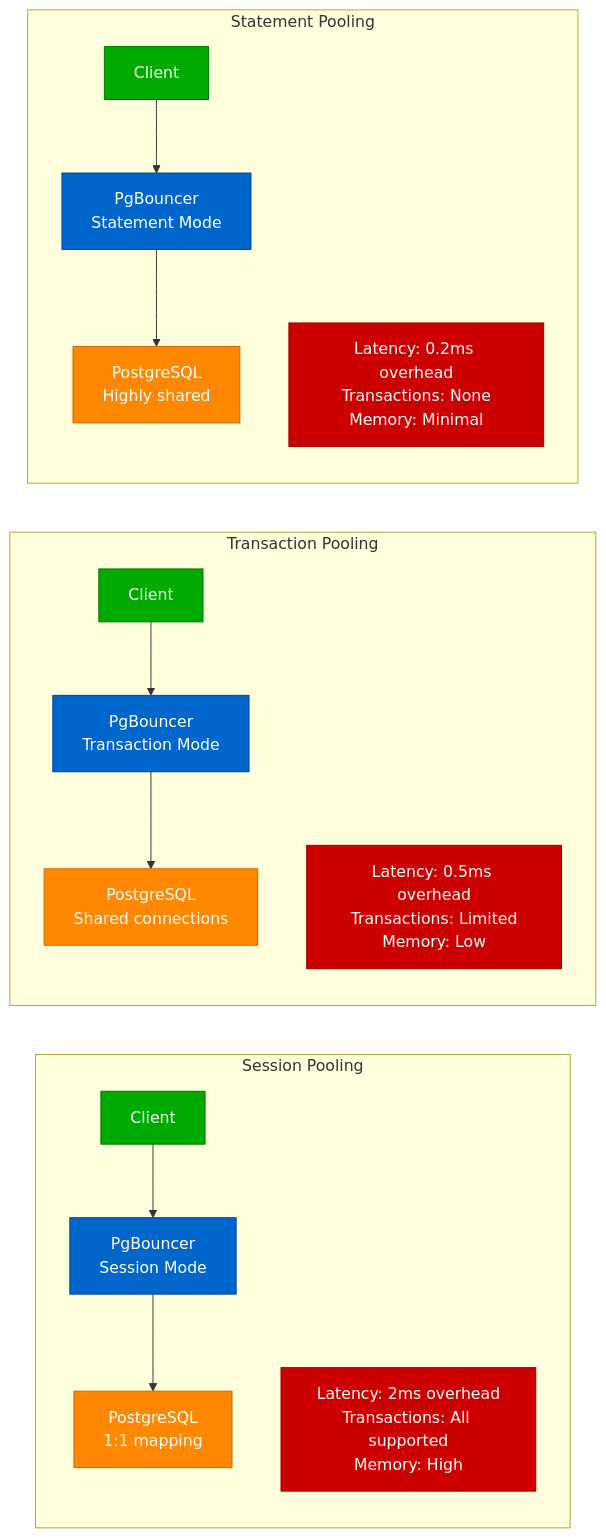
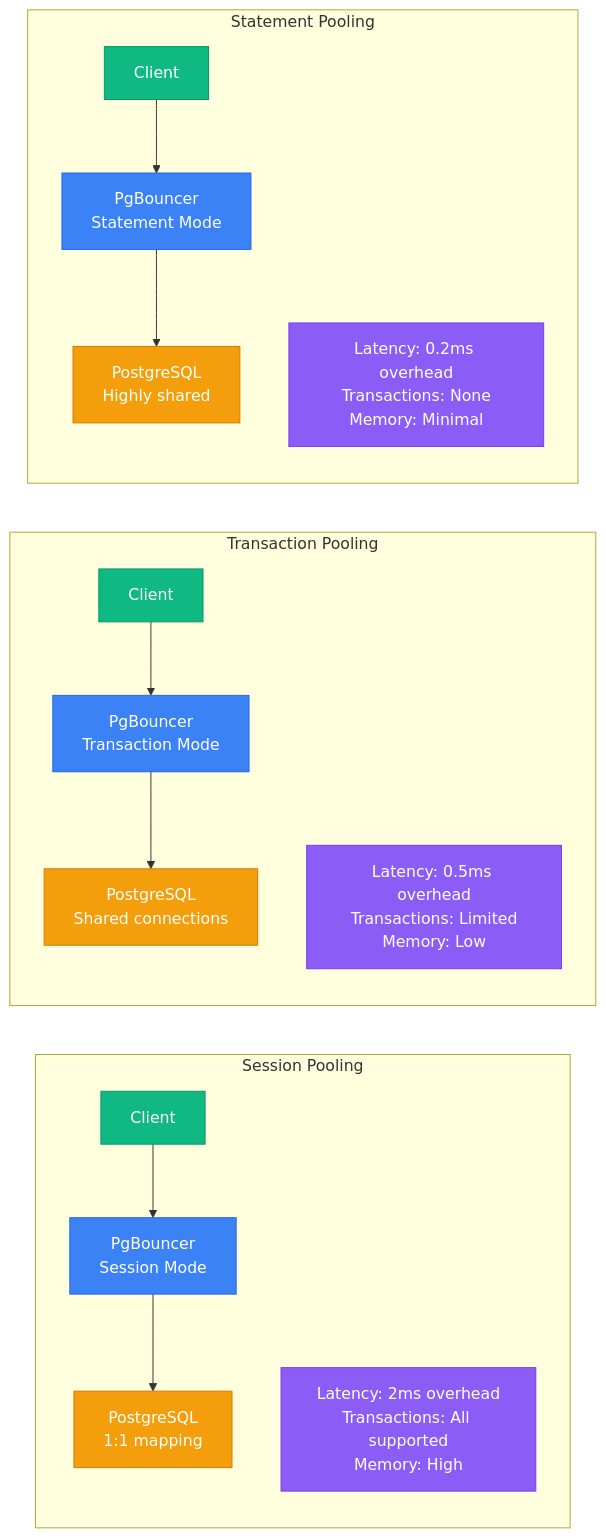
The second of 10 diagrams in site/docs/performance/postgresql-performance-profile.md (deepaucksharma/DS), drawn with Mermaid before and after one commit. The commit also changed other lines of this file and 303 other files, not shown here.

````diff
--- a/site/docs/performance/postgresql-performance-profile.md
+++ b/site/docs/performance/postgresql-performance-profile.md
@@ -57,30 +57,30 @@
 ```mermaid
 graph LR
     subgraph "Session Pooling"
         S1[Client] --> S2[PgBouncer<br/>Session Mode]
         S2 --> S3[PostgreSQL<br/>1:1 mapping]
         S4[Latency: 2ms overhead<br/>Transactions: All supported<br/>Memory: High]
     end
 
     subgraph "Transaction Pooling"
         T1[Client] --> T2[PgBouncer<br/>Transaction Mode]
         T2 --> T3[PostgreSQL<br/>Shared connections]
         T4[Latency: 0.5ms overhead<br/>Transactions: Limited<br/>Memory: Low]
     end
 
     subgraph "Statement Pooling"
         ST1[Client] --> ST2[PgBouncer<br/>Statement Mode]
         ST2 --> ST3[PostgreSQL<br/>Highly shared]
         ST4[Latency: 0.2ms overhead<br/>Transactions: None<br/>Memory: Minimal]
     end
 
-    classDef clientStyle fill:#00AA00,stroke:#007700,color:#fff
-    classDef poolStyle fill:#0066CC,stroke:#004499,color:#fff
-    classDef dbStyle fill:#FF8800,stroke:#CC6600,color:#fff
-    classDef metricStyle fill:#CC0000,stroke:#990000,color:#fff
+    classDef clientStyle fill:#10B981,stroke:#059669,color:#fff
+    classDef poolStyle fill:#3B82F6,stroke:#2563EB,color:#fff
+    classDef dbStyle fill:#F59E0B,stroke:#D97706,color:#fff
+    classDef metricStyle fill:#8B5CF6,stroke:#7C3AED,color:#fff
 
     class S1,T1,ST1 clientStyle
     class S2,T2,ST2 poolStyle
     class S3,T3,ST3 dbStyle
     class S4,T4,ST4 metricStyle
 ```
````
